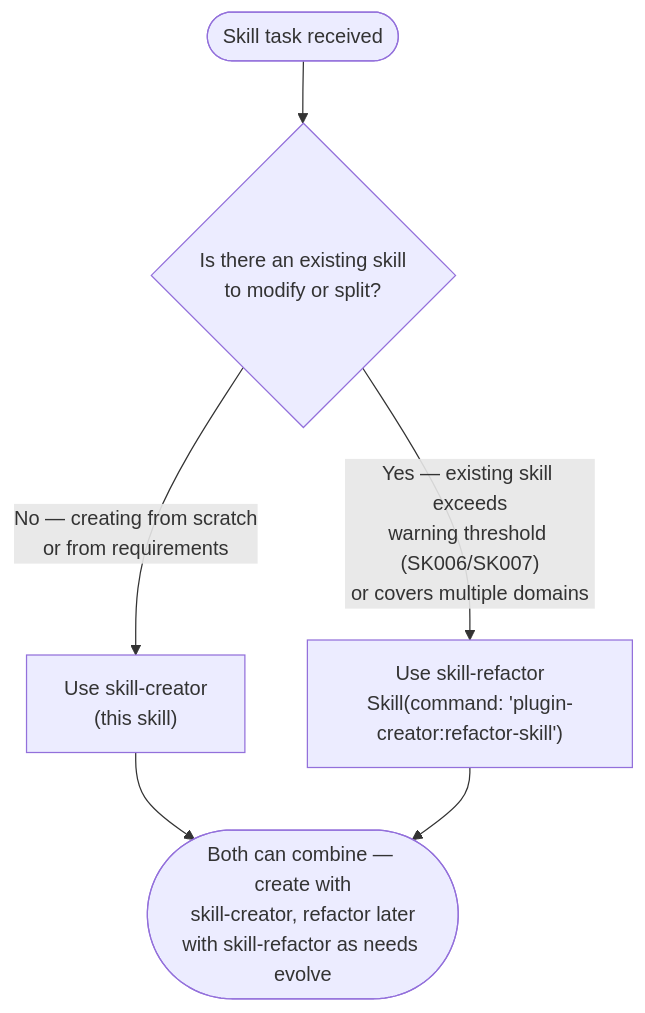
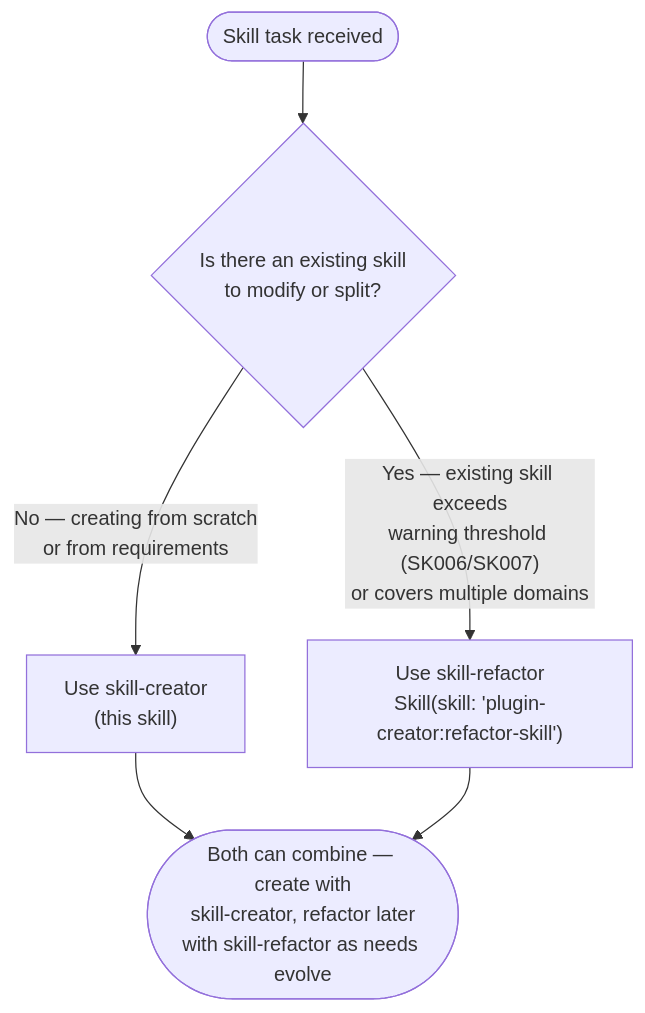
Before and after one commit to chgreer1070/claude_skills: the first of 6 diagrams in plugins/plugin-creator/skills/skill-creator/SKILL.md, drawn with Mermaid. The commit also changed other lines of this file and 3 other files, not shown here.

First line of the commit message:
fix(skills): correct outdated content in skills-overview and skill-creator

````diff
--- a/plugins/plugin-creator/skills/skill-creator/SKILL.md
+++ b/plugins/plugin-creator/skills/skill-creator/SKILL.md
@@ -42,8 +42,8 @@
 ```mermaid
 flowchart TD
     Start(["Skill task received"]) --> Q{"Is there an existing skill<br>to modify or split?"}
     Q -->|"No — creating from scratch<br>or from requirements"| Creator["Use skill-creator<br>(this skill)"]
-    Q -->|"Yes — existing skill exceeds<br>warning threshold (SK006/SK007)<br>or covers multiple domains"| Refactor["Use skill-refactor<br>Skill(command: 'plugin-creator:refactor-skill')"]
+    Q -->|"Yes — existing skill exceeds<br>warning threshold (SK006/SK007)<br>or covers multiple domains"| Refactor["Use skill-refactor<br>Skill(skill: 'plugin-creator:refactor-skill')"]
     Creator --> Together(["Both can combine — create with<br>skill-creator, refactor later<br>with skill-refactor as needs evolve"])
     Refactor --> Together
 ```
````
